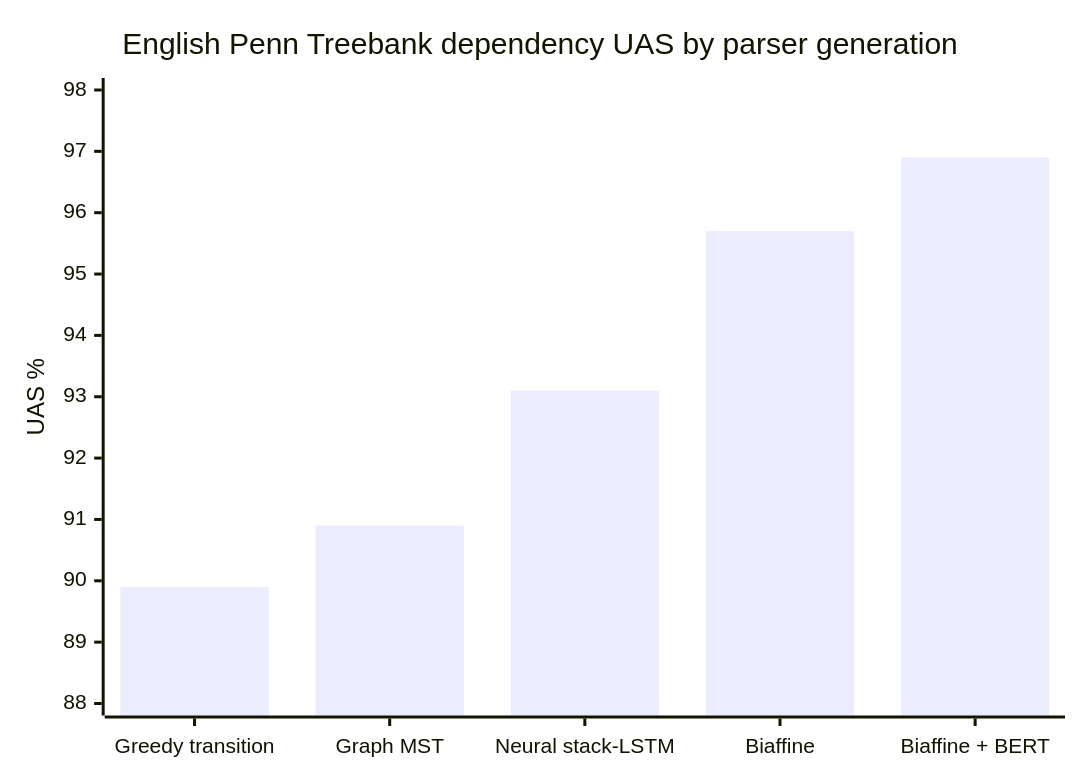
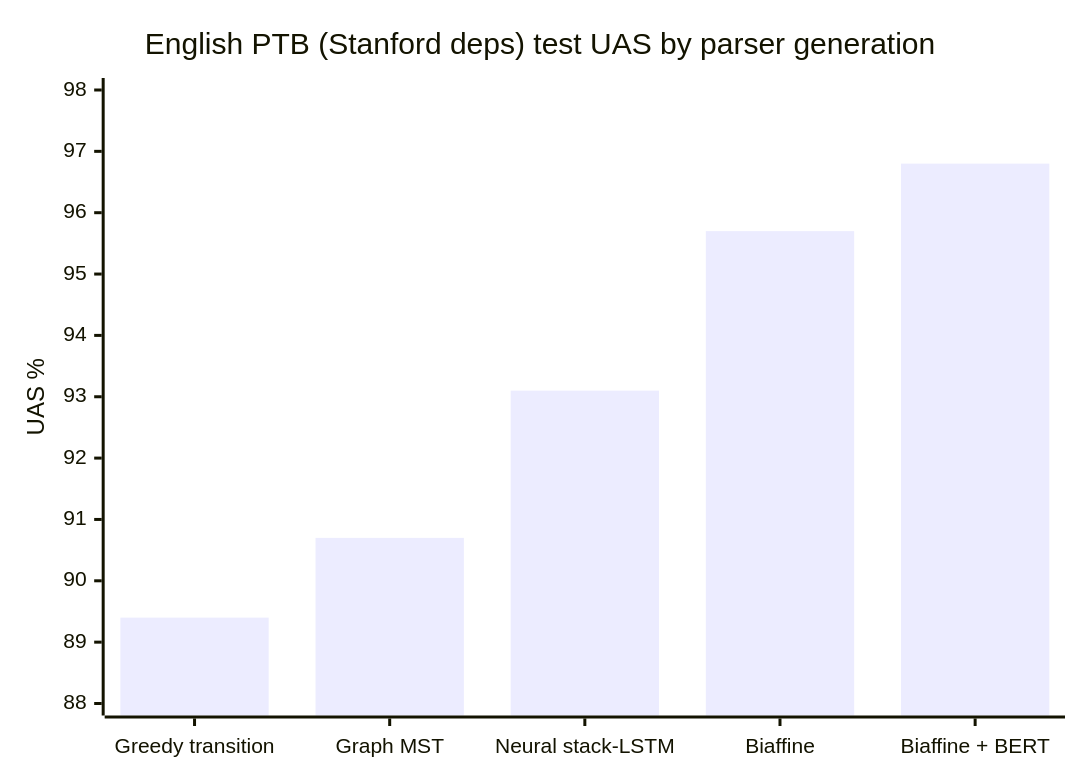
Before and after one commit to rppol/system-design: the fifth of 6 diagrams in src/main/java/com/rutik/systemdesign/ml/natural_language_processing/syntactic_parsing.md, drawn with Mermaid. The commit also changed other lines of this file and 51 other files, not shown here.

````diff
--- a/src/main/java/com/rutik/systemdesign/ml/natural_language_processing/syntactic_parsing.md
+++ b/src/main/java/com/rutik/systemdesign/ml/natural_language_processing/syntactic_parsing.md
@@ -569,7 +569,7 @@
 ```mermaid
 xychart-beta
-    title "English Penn Treebank dependency UAS by parser generation"
+    title "English PTB (Stanford deps) test UAS by parser generation"
     x-axis ["Greedy transition", "Graph MST", "Neural stack-LSTM", "Biaffine", "Biaffine + BERT"]
     y-axis "UAS %" 88 --> 98
-    bar [89.9, 90.9, 93.1, 95.7, 96.9]
+    bar [89.4, 90.7, 93.1, 95.7, 96.8]
 ```
````
